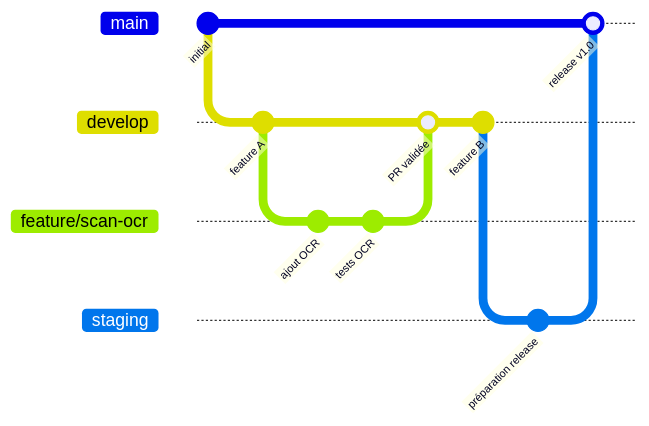
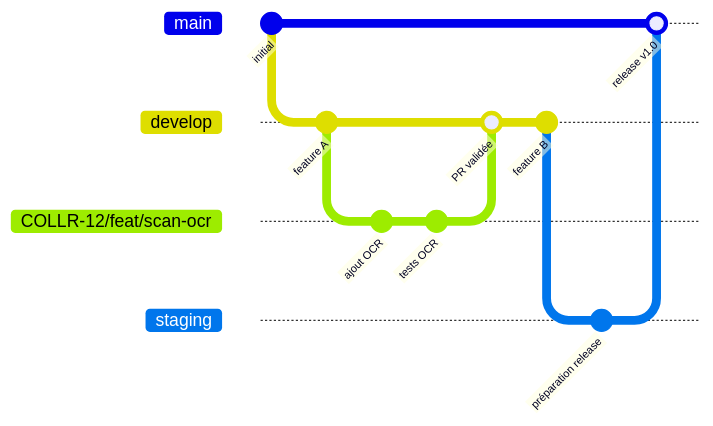
Before and after one commit to Collectionr/collectionr_epitech: the first of 4 diagrams in docs/devops/D02-cicd.md, drawn with Mermaid. The commit also changed other lines of this file and 3 other files, not shown here.

````diff
--- a/docs/devops/D02-cicd.md
+++ b/docs/devops/D02-cicd.md
@@ -71,19 +71,19 @@
 ```mermaid
 gitGraph
     commit id: "initial"
     branch develop
     checkout develop
     commit id: "feature A"
-    branch feature/scan-ocr
-    checkout feature/scan-ocr
+    branch COLLR-12/feat/scan-ocr
+    checkout COLLR-12/feat/scan-ocr
     commit id: "ajout OCR"
     commit id: "tests OCR"
     checkout develop
-    merge feature/scan-ocr id: "PR validée"
+    merge COLLR-12/feat/scan-ocr id: "PR validée"
     commit id: "feature B"
     branch staging
     checkout staging
     commit id: "préparation release"
     checkout main
     merge staging id: "release v1.0"
 ```
````
